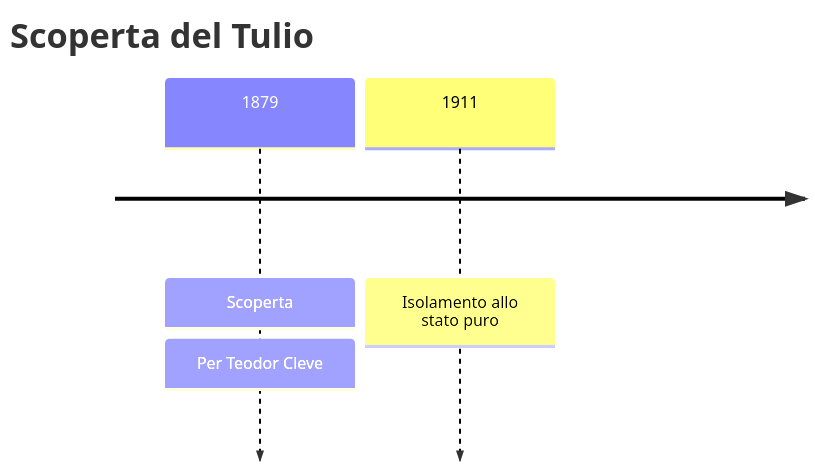
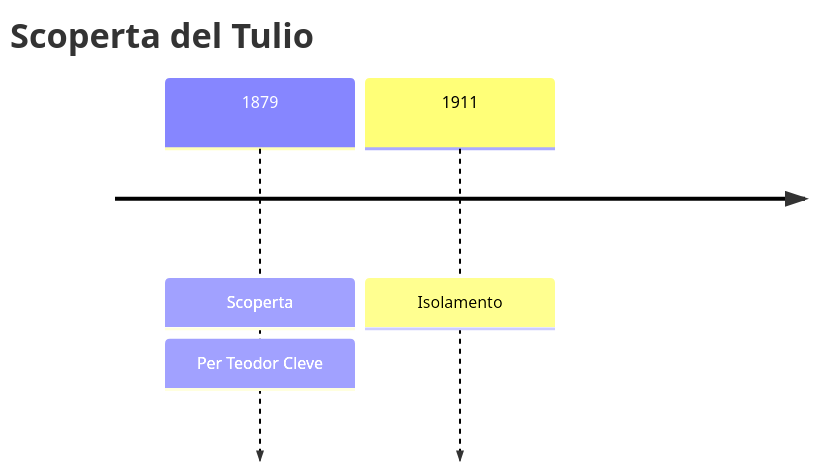
The first of 2 diagrams in vault/Elementi/Tulio.md (gianlucaciarcelluti/elements-caos), drawn with Mermaid before and after one commit. The commit also changed 56 other files, not shown here.

````diff
--- a/vault/Elementi/Tulio.md
+++ b/vault/Elementi/Tulio.md
@@ -28,6 +28,6 @@
 ```mermaid
 timeline
     title Scoperta del Tulio
     1879 : Scoperta : Per Teodor Cleve
-    1911 : Isolamento allo stato puro
+    1911 : Isolamento
 ```
````
